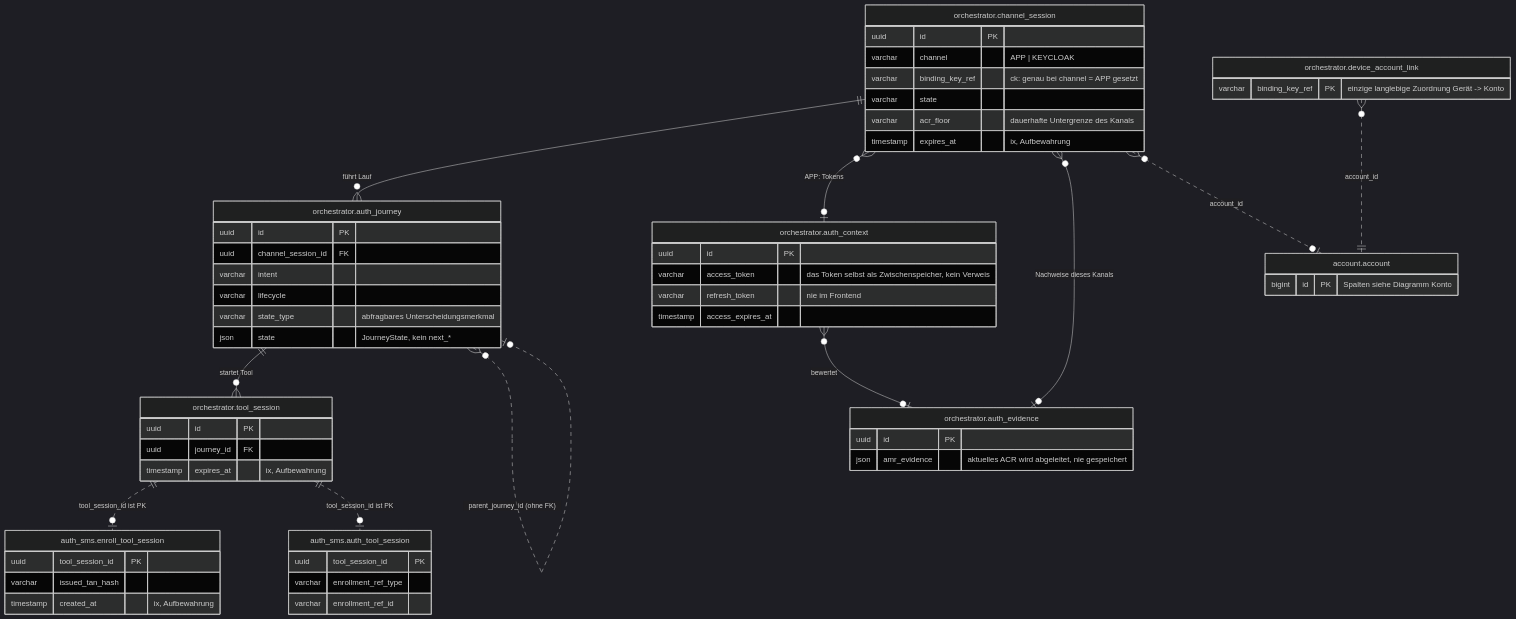
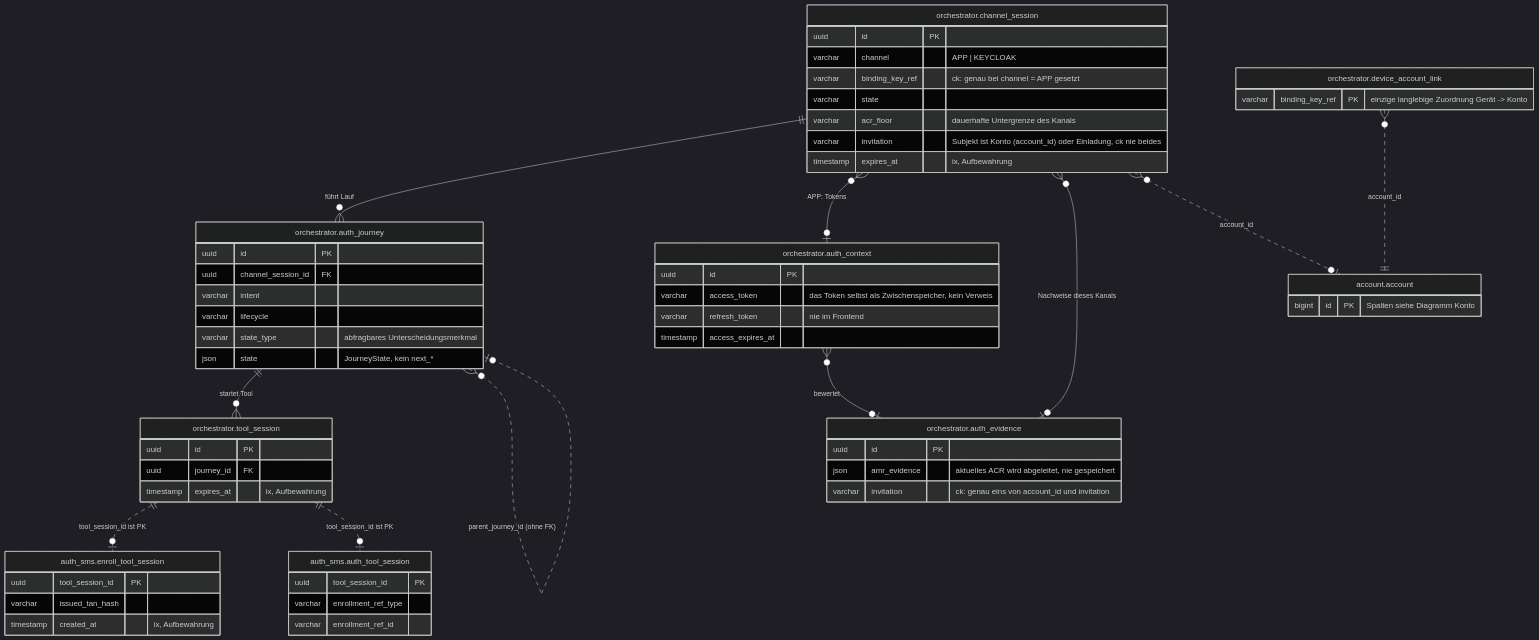
The fifth of 5 diagrams in docs/02-domaenenmodell.md (rpreissel/identity-demo), drawn with Mermaid (dark theme) before and after one commit. The commit also changed other lines of this file and 114 other files, not shown here.

````diff
--- a/docs/02-domaenenmodell.md
+++ b/docs/02-domaenenmodell.md
@@ -465,61 +473,63 @@
 ```mermaid
 erDiagram
   orchestrator.channel_session ||--o{ orchestrator.auth_journey : "führt Lauf"
   orchestrator.auth_journey ||--o{ orchestrator.tool_session : "startet Tool"
   orchestrator.channel_session }o--o| orchestrator.auth_context : "APP: Tokens"
   orchestrator.channel_session }o--o| orchestrator.auth_evidence : "Nachweise dieses Kanals"
   orchestrator.auth_context }o--o| orchestrator.auth_evidence : "bewertet"
   orchestrator.auth_journey }o..o| orchestrator.auth_journey : "parent_journey_id (ohne FK)"
   orchestrator.tool_session ||..o| auth_sms.enroll_tool_session : "tool_session_id ist PK"
   orchestrator.tool_session ||..o| auth_sms.auth_tool_session : "tool_session_id ist PK"
   orchestrator.channel_session }o..o| account.account : "account_id"
   orchestrator.device_account_link }o..|| account.account : "account_id"
 
   orchestrator.channel_session {
     uuid id PK
     varchar channel "APP | KEYCLOAK"
     varchar binding_key_ref "ck: genau bei channel = APP gesetzt"
     varchar state
     varchar acr_floor "dauerhafte Untergrenze des Kanals"
+    varchar invitation "Subjekt ist Konto (account_id) oder Einladung, ck nie beides"
     timestamp expires_at "ix, Aufbewahrung"
   }
   orchestrator.auth_journey {
     uuid id PK
     uuid channel_session_id FK
     varchar intent
     varchar lifecycle
     varchar state_type "abfragbares Unterscheidungsmerkmal"
     json state "JourneyState, kein next_*"
   }
   orchestrator.tool_session {
     uuid id PK
     uuid journey_id FK
     timestamp expires_at "ix, Aufbewahrung"
   }
   orchestrator.auth_context {
     uuid id PK
     varchar access_token "das Token selbst als Zwischenspeicher, kein Verweis"
     varchar refresh_token "nie im Frontend"
     timestamp access_expires_at
   }
   orchestrator.auth_evidence {
     uuid id PK
     json amr_evidence "aktuelles ACR wird abgeleitet, nie gespeichert"
+    varchar invitation "ck: genau eins von account_id und invitation"
   }
   orchestrator.device_account_link {
     varchar binding_key_ref PK "einzige langlebige Zuordnung Gerät -> Konto"
   }
   account.account {
     bigint id PK "Spalten siehe Diagramm Konto"
   }
   auth_sms.enroll_tool_session {
     uuid tool_session_id PK
     varchar issued_tan_hash
     timestamp created_at "ix, Aufbewahrung"
   }
   auth_sms.auth_tool_session {
     uuid tool_session_id PK
     varchar enrollment_ref_type
     varchar enrollment_ref_id
   }
 ```
````
